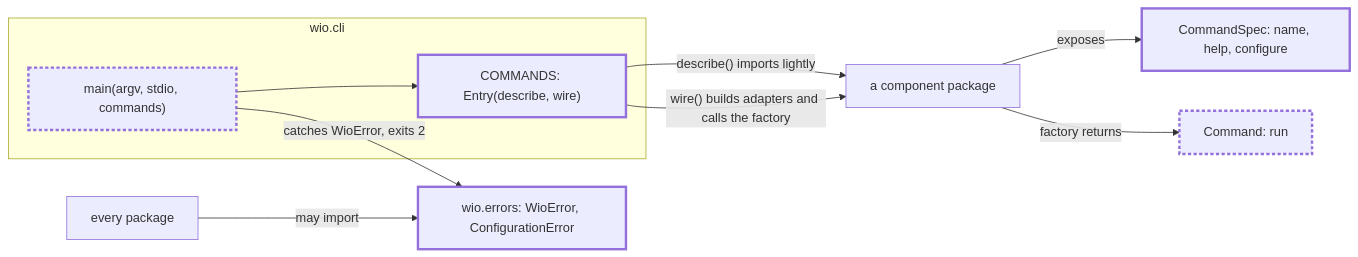
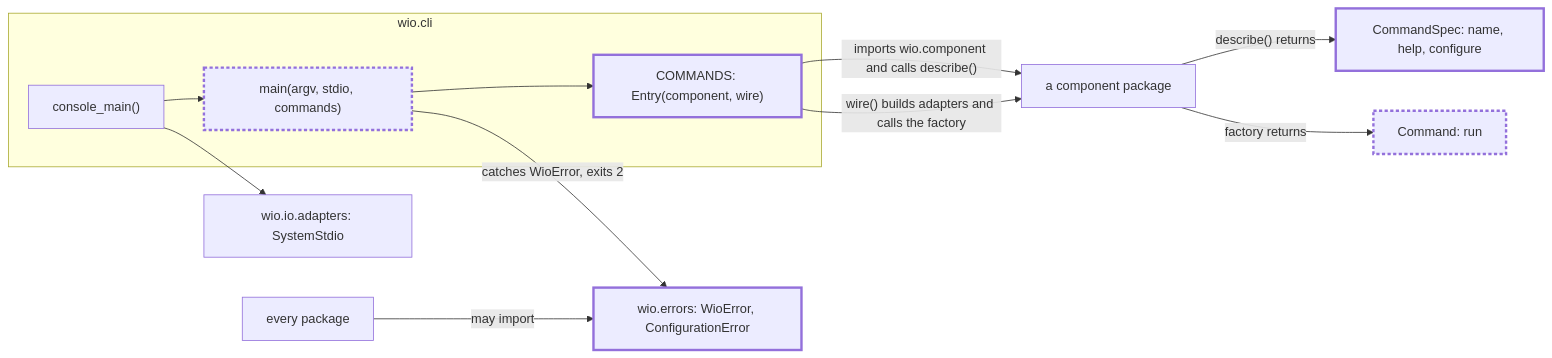
One commit to msitarz/wio changed the second of 2 diagrams in .agents/wio/works/cli/README.md. Above: the diagram before and after it, drawn with Mermaid. The commit also changed other lines of this file and 2 other files, not shown here.

First line of the commit message:
docs: revise the wio command line Work after its first contract review

````diff
--- a/.agents/wio/works/cli/README.md
+++ b/.agents/wio/works/cli/README.md
@@ -109,21 +125,25 @@
 ```mermaid
 flowchart LR
     subgraph cli["wio.cli"]
+        console["console_main()"]
         main["main(argv, stdio, commands)"]:::changed
-        table["COMMANDS: Entry(describe, wire)"]:::new
+        table["COMMANDS: Entry(component, wire)"]:::new
     end
+    adapter["wio.io.adapters: SystemStdio"]
     spec["CommandSpec: name, help, configure"]:::new
     command["Command: run"]:::changed
     component["a component package"]
     errors["wio.errors: WioError, ConfigurationError"]:::new
     every["every package"]
+    console --> adapter
+    console --> main
     main --> table
-    table -- "describe() imports lightly" --> component
+    table -- "imports wio.component and calls describe()" --> component
     table -- "wire() builds adapters and calls the factory" --> component
-    component -- "exposes" --> spec
+    component -- "describe() returns" --> spec
     component -- "factory returns" --> command
     main -- "catches WioError, exits 2" --> errors
     every -- "may import" --> errors
     classDef new stroke-width: 3px
     classDef changed stroke-width: 3px,stroke-dasharray: 4 3
 ```
````
